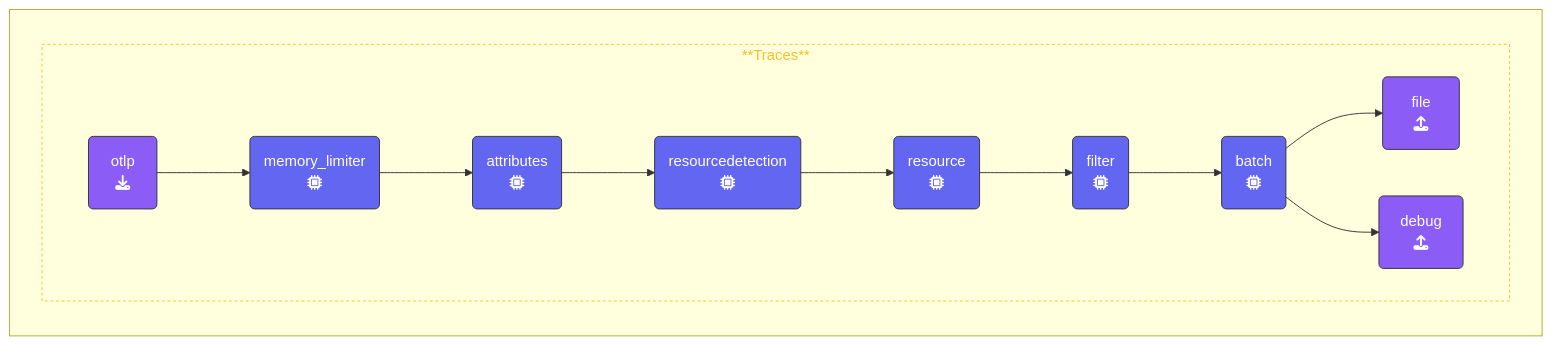
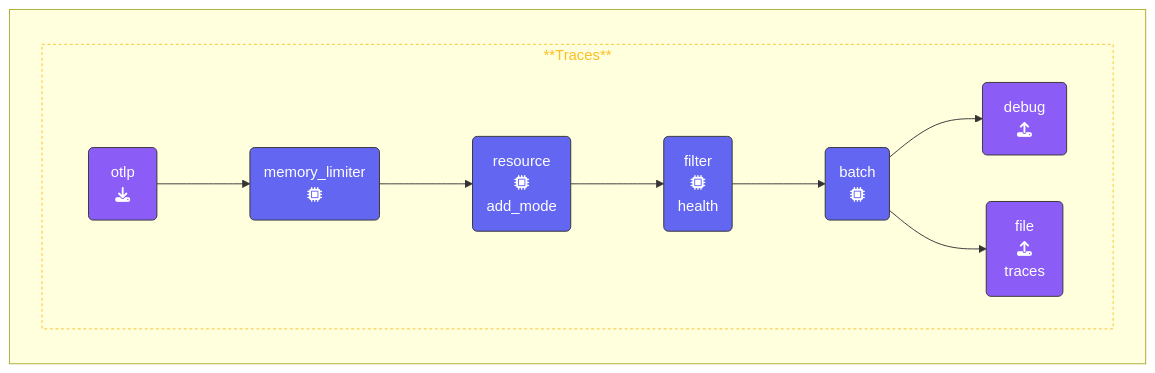
The diagram in content/en/ninja-workshops/10-advanced-otel/5-dropping-spans/5-1-configuration.md (splunk/observability-workshop), drawn with Mermaid before and after one commit. The commit also changed other lines of this file and 2 other files, not shown here.

````diff
--- a/content/en/ninja-workshops/10-advanced-otel/5-dropping-spans/5-1-configuration.md
+++ b/content/en/ninja-workshops/10-advanced-otel/5-dropping-spans/5-1-configuration.md
@@ -43,33 +42,29 @@
 ```mermaid
 %%{init:{"fontFamily":"monospace"}}%%
 graph LR
     %% Nodes
       REC1(&nbsp;&nbsp;otlp&nbsp;&nbsp;<br>fa:fa-download):::receiver
       PRO1(memory_limiter<br>fa:fa-microchip):::processor
-      PRO2(resourcedetection<br>fa:fa-microchip):::processor
-      PRO3(resource<br>fa:fa-microchip):::processor
-      PRO4(filter<br>fa:fa-microchip):::processor
+      PRO3(resource<br>fa:fa-microchip<br>add_mode):::processor
+      PRO4(filter<br>fa:fa-microchip<br>health):::processor
       PRO5(batch<br>fa:fa-microchip):::processor
-      PRO6(attributes<br>fa:fa-microchip):::processor
       EXP1(&ensp;debug&ensp;<br>fa:fa-upload):::exporter
-      EXP2(&ensp;&ensp;file&ensp;&ensp;<br>fa:fa-upload):::exporter
+      EXP2(&ensp;&ensp;file&ensp;&ensp;<br>fa:fa-upload<br>traces):::exporter
     %% Links
     subID1:::sub-traces
     subgraph " "
       subgraph subID1[**Traces**]
       direction LR
       REC1 --> PRO1
-      PRO1 --> PRO6
-      PRO6 --> PRO2
-      PRO2 --> PRO3
+      PRO1 --> PRO3
       PRO3 --> PRO4
       PRO4 --> PRO5
+      PRO5 --> EXP1
       PRO5 --> EXP2
-      PRO5 --> EXP1
       end
     end
 classDef receiver,exporter fill:#8b5cf6,stroke:#333,stroke-width:1px,color:#fff;
 classDef processor fill:#6366f1,stroke:#333,stroke-width:1px,color:#fff;
 classDef con-receive,con-export fill:#45c175,stroke:#333,stroke-width:1px,color:#fff;
 classDef sub-traces stroke:#fbbf24,stroke-width:1px, color:#fbbf24,stroke-dasharray: 3 3;
 ```
````
